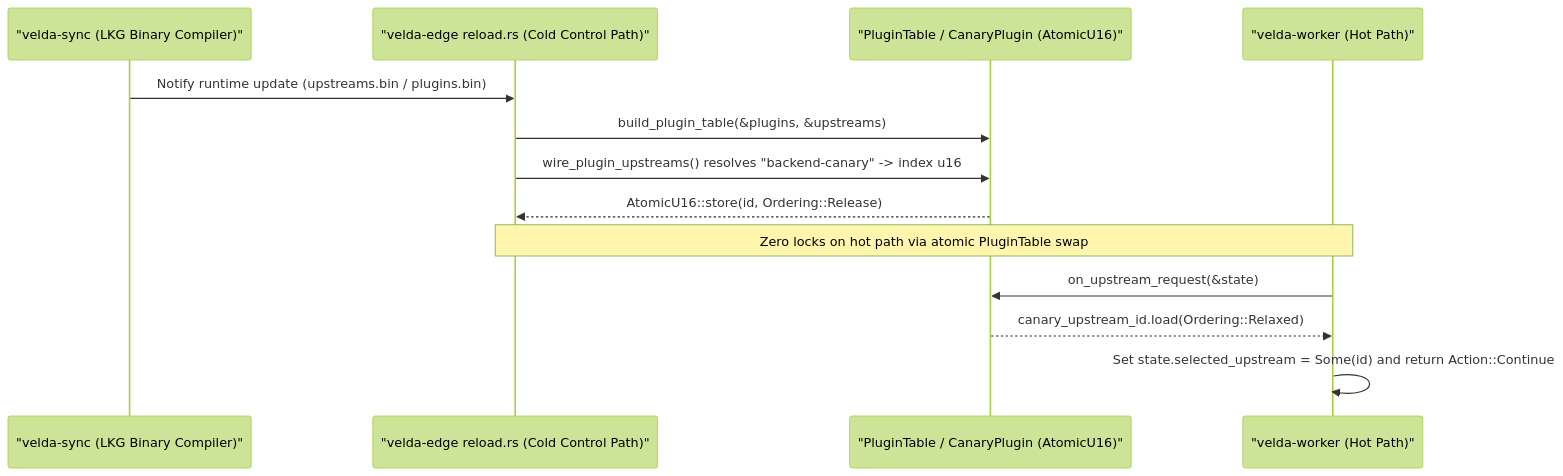
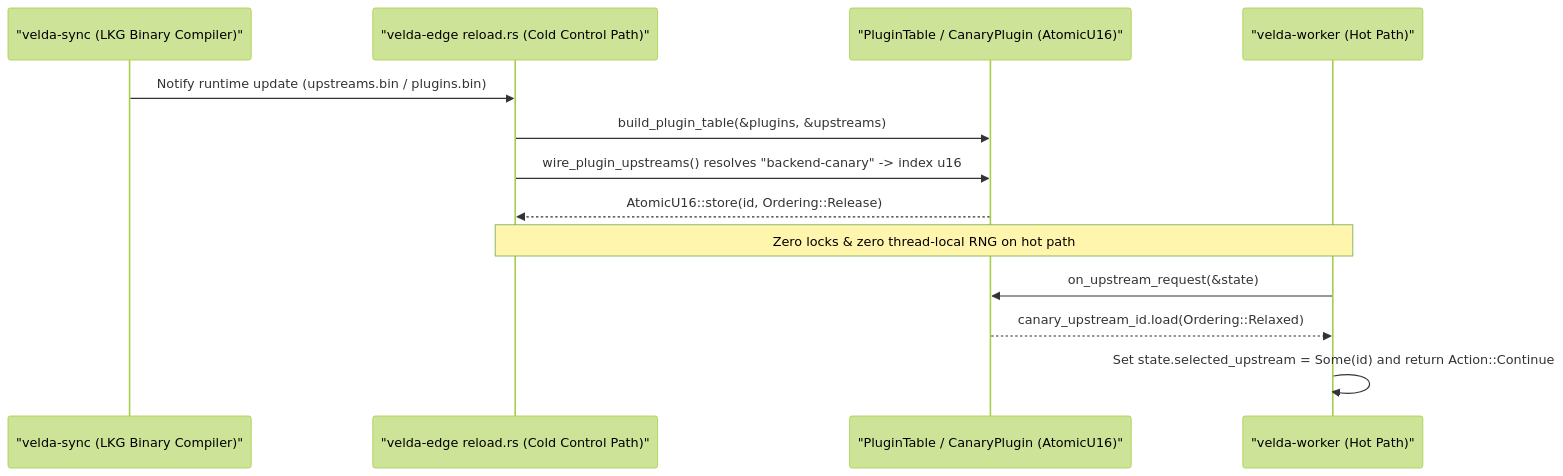
One commit to phucle996/velda-edge changed the second of 2 diagrams in crates/velda-plugin/src/pre_upstream/canary/ARCHITECTURE.md. Above: the diagram before and after it, drawn with Mermaid (forest theme). The commit also changed other lines of this file and 4 other files, not shown here.

````diff
--- a/crates/velda-plugin/src/pre_upstream/canary/ARCHITECTURE.md
+++ b/crates/velda-plugin/src/pre_upstream/canary/ARCHITECTURE.md
@@ -35,16 +25,16 @@
 ```mermaid
 sequenceDiagram
     participant Sync as "velda-sync (LKG Binary Compiler)"
     participant Reload as "velda-edge reload.rs (Cold Control Path)"
     participant Table as "PluginTable / CanaryPlugin (AtomicU16)"
     participant Worker as "velda-worker (Hot Path)"
 
     Sync->>Reload: Notify runtime update (upstreams.bin / plugins.bin)
     Reload->>Table: build_plugin_table(&plugins, &upstreams)
     Reload->>Table: wire_plugin_upstreams() resolves "backend-canary" -> index u16
     Table-->>Reload: AtomicU16::store(id, Ordering::Release)
-    Note over Reload,Worker: Zero locks on hot path via atomic PluginTable swap
+    Note over Reload,Worker: Zero locks & zero thread-local RNG on hot path
     Worker->>Table: on_upstream_request(&state)
     Table-->>Worker: canary_upstream_id.load(Ordering::Relaxed)
     Worker->>Worker: Set state.selected_upstream = Some(id) and return Action::Continue
 ```
````
